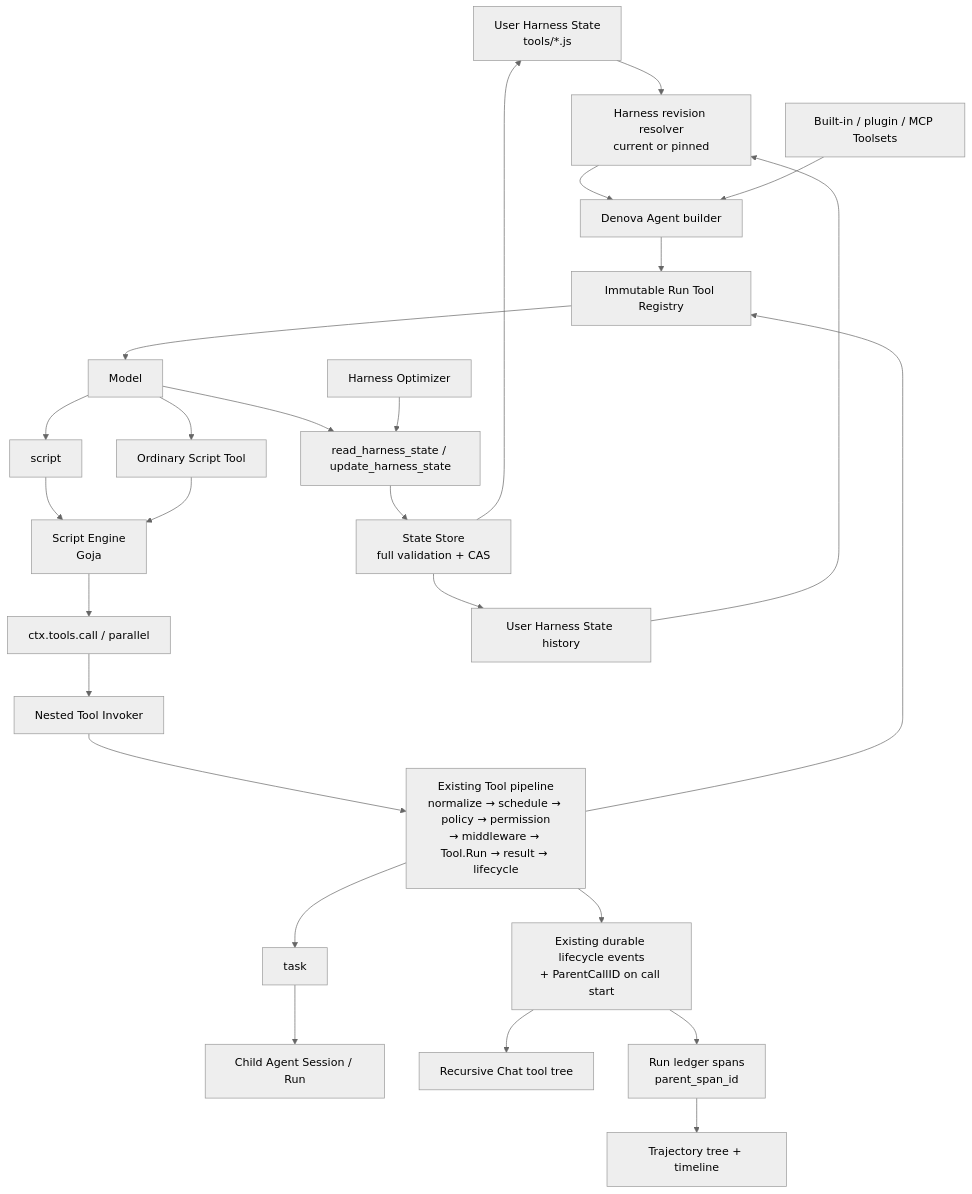
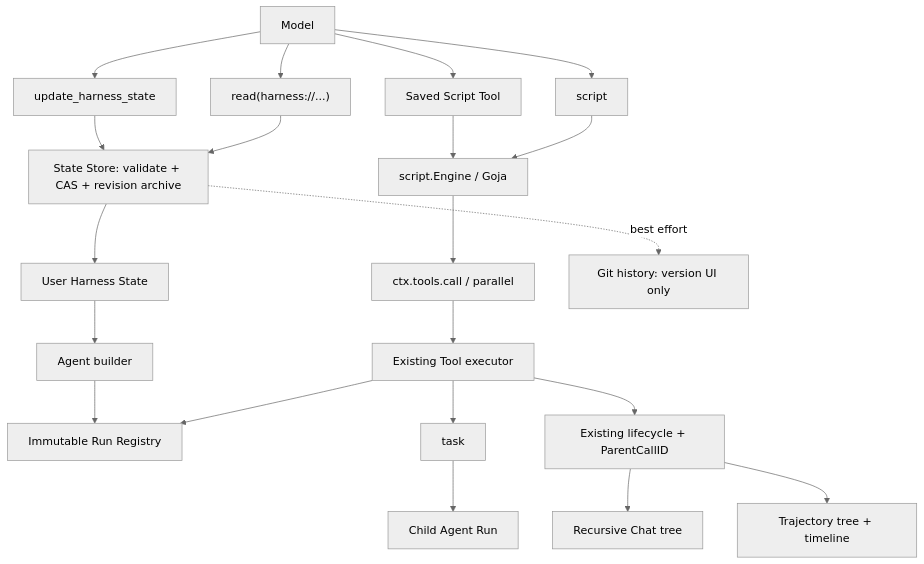
Before and after one commit to agur145/nova: the diagram in docs/dynamic-tool-orchestration-design.md, drawn with Mermaid (neutral theme). The commit also changed other lines of this file, not shown here.

````diff
--- a/docs/dynamic-tool-orchestration-design.md
+++ b/docs/dynamic-tool-orchestration-design.md
@@ -135,51 +119,37 @@
 ```mermaid
 flowchart TD
-    STATE["User Harness State\ntools/*.js"]
-    RESOLVER["Harness revision resolver\ncurrent or pinned"]
-    BUILDER["Denova Agent builder"]
-    BUILTINS["Built-in / plugin / MCP Toolsets"]
-    REGISTRY["Immutable Run Tool Registry"]
     MODEL["Model"]
     IMMEDIATE["script"]
-    SAVED["Ordinary Script Tool"]
-    ENGINE["Script Engine\nGoja"]
+    SAVED["Saved Script Tool"]
+    ENGINE["script.Engine / Goja"]
     HOST["ctx.tools.call / parallel"]
-    NESTED["Nested Tool Invoker"]
-    PIPELINE["Existing Tool pipeline\nnormalize → schedule → policy → permission\n→ middleware → Tool.Run → result → lifecycle"]
+    EXECUTOR["Existing Tool executor"]
+    REGISTRY["Immutable Run Registry"]
     TASK["task"]
-    CHILD["Child Agent Session / Run"]
-    JOURNAL["Existing durable lifecycle events\n+ ParentCallID on call start"]
-    CHAT["Recursive Chat tool tree"]
-    TRACE["Run ledger spans\nparent_span_id"]
-    TRAJECTORY["Trajectory tree + timeline"]
-    MANAGEMENT["read_harness_state / update_harness_state"]
-    OPTIMIZER["Harness Optimizer"]
-    STORE["State Store\nfull validation + CAS"]
-    HISTORY["User Harness State history"]
+    CHILD["Child Agent Run"]
+    EVENTS["Existing lifecycle + ParentCallID"]
+    CHAT["Recursive Chat tree"]
+    TRACE["Trajectory tree + timeline"]
 
-    STATE --> RESOLVER
-    HISTORY --> RESOLVER
-    RESOLVER --> BUILDER
-    BUILTINS --> BUILDER
-    BUILDER --> REGISTRY
-    REGISTRY --> MODEL
-    MODEL --> IMMEDIATE
-    MODEL --> SAVED
-    IMMEDIATE --> ENGINE
-    SAVED --> ENGINE
-    ENGINE --> HOST
-    HOST --> NESTED
-    NESTED --> PIPELINE
-    PIPELINE --> REGISTRY
-    PIPELINE --> TASK
-    TASK --> CHILD
-    PIPELINE --> JOURNAL
-    JOURNAL --> CHAT
-    JOURNAL --> TRACE
-    TRACE --> TRAJECTORY
-    MODEL --> MANAGEMENT
-    OPTIMIZER --> MANAGEMENT
-    MANAGEMENT --> STORE
+    STATE["User Harness State"]
+    READ["read(harness://...)"]
+    UPDATE["update_harness_state"]
+    STORE["State Store: validate + CAS + revision archive"]
+    HISTORY["Git history: version UI only"]
+    BUILDER["Agent builder"]
+
+    MODEL --> IMMEDIATE --> ENGINE
+    MODEL --> SAVED --> ENGINE
+    ENGINE --> HOST --> EXECUTOR
+    EXECUTOR --> REGISTRY
+    EXECUTOR --> TASK --> CHILD
+    EXECUTOR --> EVENTS
+    EVENTS --> CHAT
+    EVENTS --> TRACE
+
+    MODEL --> READ --> STORE
+    MODEL --> UPDATE --> STORE
     STORE --> STATE
-    STORE --> HISTORY
+    STORE -. best effort .-> HISTORY
+    STATE --> BUILDER --> REGISTRY
 ```
````
